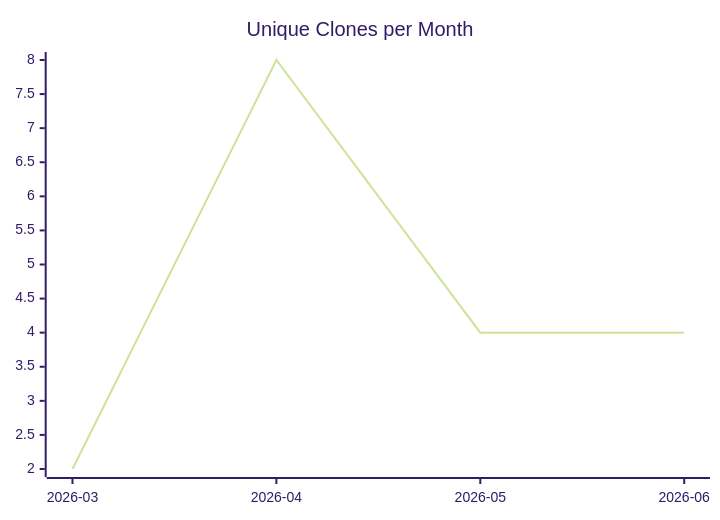
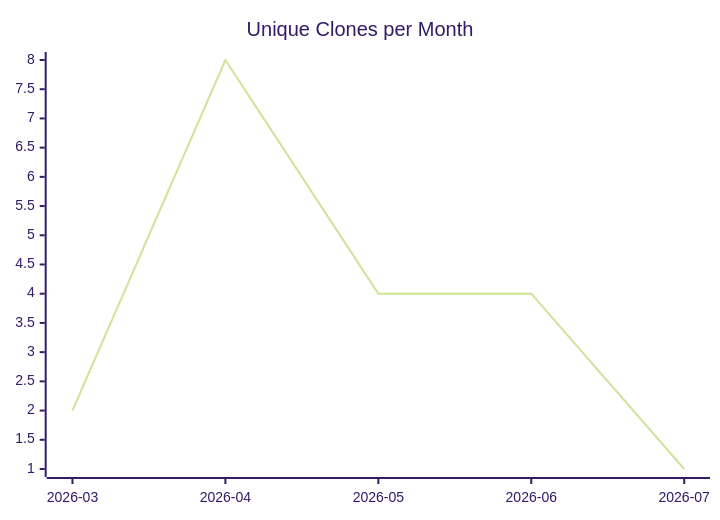
Before and after one commit to justdavis-family/github-analytics-data: the third of 3 diagrams in karlmdavis/m2e-core-tests/README.md, drawn with Mermaid (forest theme). The commit also changed other lines of this file and 199 other files, not shown here.

````diff
--- a/karlmdavis/m2e-core-tests/README.md
+++ b/karlmdavis/m2e-core-tests/README.md
@@ -19,6 +19,6 @@
 ```mermaid
 xychart-beta
   title "Unique Clones per Month"
-  x-axis ["2026-03", "2026-04", "2026-05", "2026-06"]
-  line [2, 8, 4, 4]
+  x-axis ["2026-03", "2026-04", "2026-05", "2026-06", "2026-07"]
+  line [2, 8, 4, 4, 1]
 ```
````
